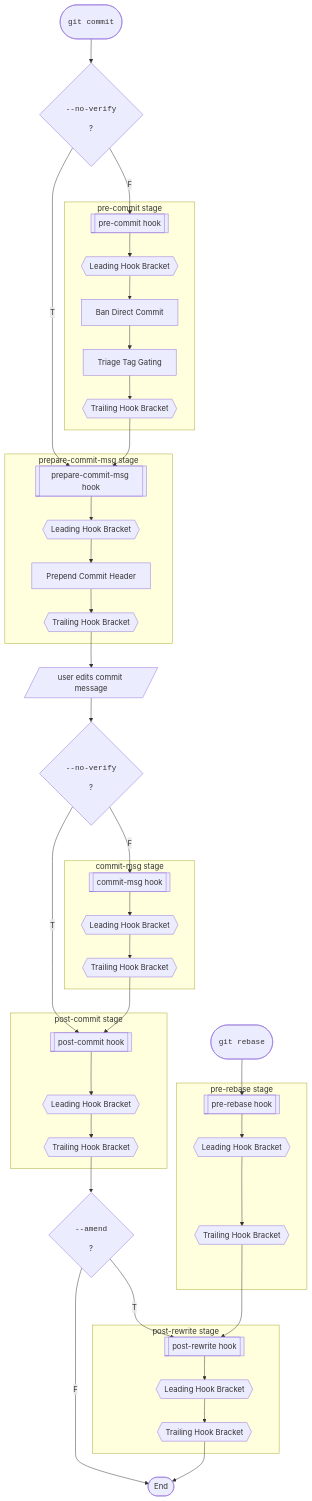
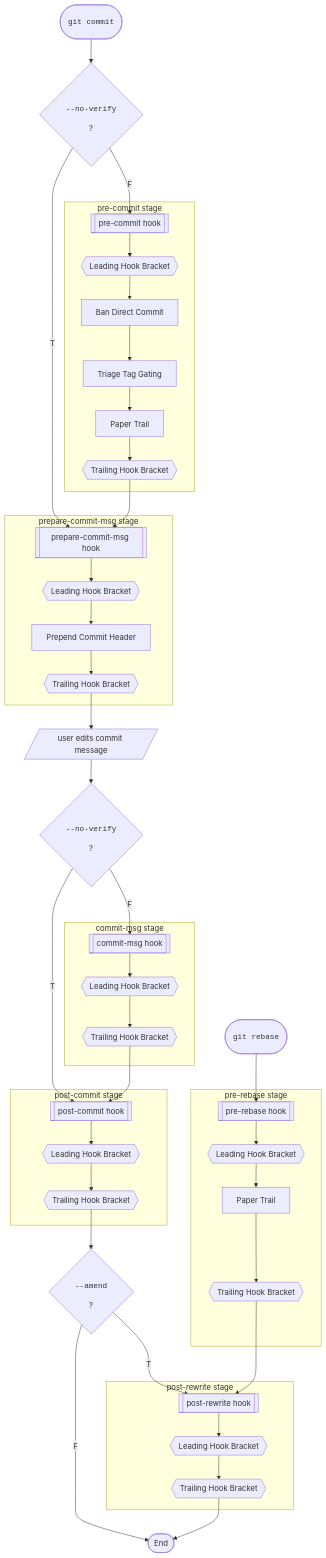
The first of 3 diagrams in docs/chain_doc.md (kami-lel/hupy), drawn with Mermaid before and after one commit. The commit also changed other lines of this file and 8 other files, not shown here.

First line of the commit message:
add paper-trail hook; wire pt config, docs, and skip-once support

````diff
--- a/docs/chain_doc.md
+++ b/docs/chain_doc.md
@@ -76,57 +76,59 @@
 ```mermaid
 flowchart TD
     A([<pre><code>git commit</code></pre>])
     R([<pre><code>git rebase</code></pre>])
 
     A --> B{<pre><code>--no-verify</code></pre>?}
 
     subgraph precommit [pre-commit stage]
         C[[pre-commit hook]] --> C1{{Leading Hook Bracket}}
         C1 --> E1[Ban Direct Commit]
         E1 --> E2[Triage Tag Gating]
-        E2 --> C2{{Trailing Hook Bracket}}
+        E2 --> E3[Paper Trail]
+        E3 --> C2{{Trailing Hook Bracket}}
     end
     B -->|F| C
 
     subgraph preparemsg [prepare-commit-msg stage]
         F[[prepare-commit-msg hook]] --> F1{{Leading Hook Bracket}}
         F1 --> G[Prepend Commit Header]
         G --> F2{{Trailing Hook Bracket}}
     end
     B -->|T| F
     C2 --> F
 
     F2 --> EditStep[/user edits commit message/]
     EditStep --> H{<pre><code>--no-verify</code></pre>?}
 
     subgraph commitmsg [commit-msg stage]
         I[[commit-msg hook]] --> I1{{Leading Hook Bracket}}
         I1 --> I2{{Trailing Hook Bracket}}
     end
     H -->|F| I
 
     subgraph postcommit [post-commit stage]
         L[[post-commit hook]] --> L1{{Leading Hook Bracket}}
         L1 --> L2{{Trailing Hook Bracket}}
     end
     H -->|T| L
     I2 --> L
 
     L2 --> N{<pre><code>--amend</code></pre>?}
 
     subgraph prerebase [pre-rebase stage]
         prb[[pre-rebase hook]] --> lead0{{Leading Hook Bracket}}
-        lead0 --> trail0{{Trailing Hook Bracket}}
+        lead0 --> pt0[Paper Trail]
+        pt0 --> trail0{{Trailing Hook Bracket}}
     end
     R --> prb
 
     subgraph postrewrite [post-rewrite stage]
         O[[post-rewrite hook]] --> O1{{Leading Hook Bracket}}
         O1 --> O2{{Trailing Hook Bracket}}
     end
     N -->|T| O
     trail0 --> O
 
     N -->|F| P([End])
     O2 --> P
 ```
````
